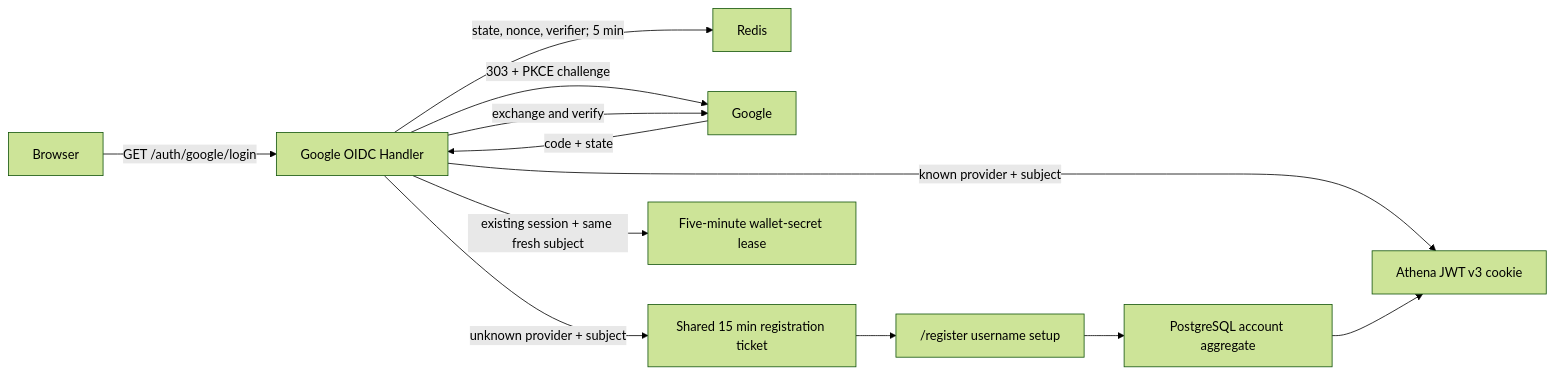
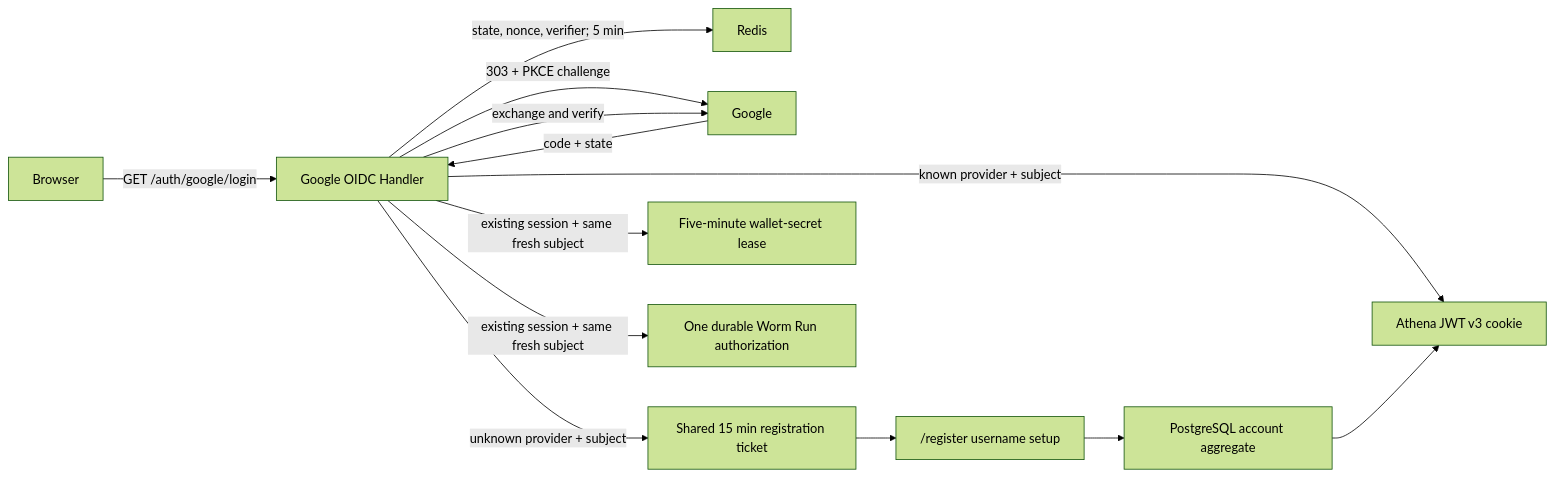
One commit to useryege/athena-o changed the diagram in docs/design/identity-access/google-oidc-login.md. Above: the diagram before and after it, drawn with Mermaid (forest theme). The commit also changed other lines of this file and 60 other files, not shown here.

````diff
--- a/docs/design/identity-access/google-oidc-login.md
+++ b/docs/design/identity-access/google-oidc-login.md
@@ -39,14 +42,15 @@
 ```mermaid
 flowchart LR
     B["Browser"] -->|"GET /auth/google/login"| H["Google OIDC Handler"]
     H -->|"state, nonce, verifier; 5 min"| R["Redis"]
     H -->|"303 + PKCE challenge"| G["Google"]
     G -->|"code + state"| H
     H -->|"exchange and verify"| G
     H -->|"known provider + subject"| S["Athena JWT v3 cookie"]
     H -->|"unknown provider + subject"| T["Shared 15 min registration ticket"]
     H -->|"existing session + same fresh subject"| W["Five-minute wallet-secret lease"]
+    H -->|"existing session + same fresh subject"| E["One durable Worm Run authorization"]
     T --> U["/register username setup"]
     U --> D["PostgreSQL account aggregate"]
     D --> S
 ```
````
